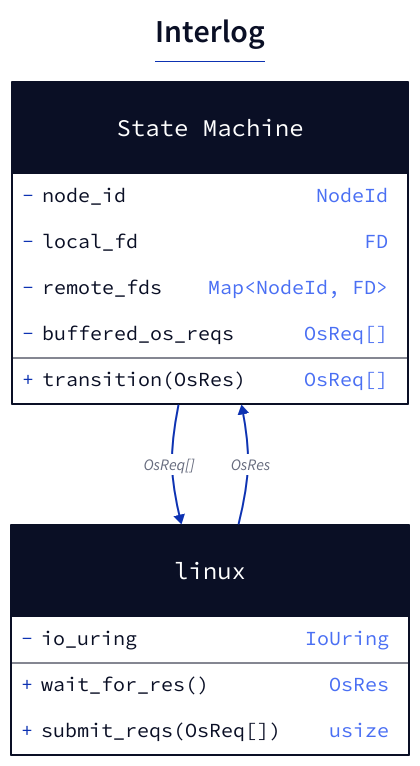
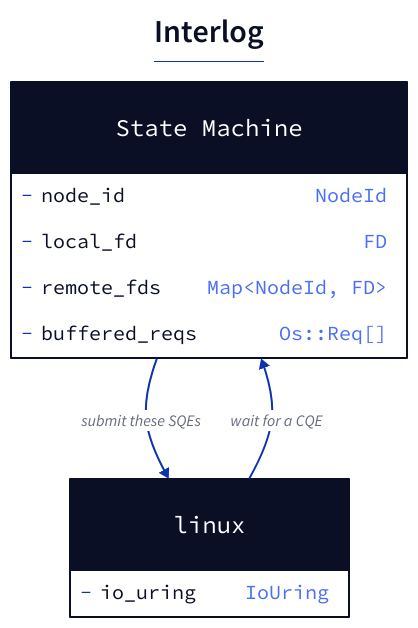
One commit to LAC-Tech/The-WAL-of-Time changed the diagram in architecture.d2. Above: the diagram before and after it, drawn with D2.

Commit message:
architecture

```diff
--- a/architecture.d2
+++ b/architecture.d2
@@ -1,22 +1,22 @@
 title: |md
   # Interlog
 | {near: top-center}
 
 sm: State Machine {
-    shape: class
-    -node_id: NodeId
-    -local_fd: FD
-    -remote_fds: "Map<NodeId, FD>"
-    -buffered_os_reqs: "OsReq[]"
-    +transition(OsRes): "OsReq[]"
+  shape: class
+  -node_id: NodeId
+  -local_fd: FD
+  -remote_fds: "Map<NodeId, FD>"
+  -buffered_reqs: "Os::Req[]"
+  # transition(OsRes): "Os::Req[]"
 }
 
-linux {
-    shape: class
-    -io_uring: IoUring
-    wait_for_res(): OsRes
-    "submit_reqs(OsReq[])": usize
+linux: {
+  shape: class
+  -io_uring: IoUring
+  # wait_for_res(): Os::Res
+  # "submit_reqs(Os::Req[])": usize
 }
 
-sm -> linux: "OsReq[]"
-linux -> sm: "OsRes"
+sm -> linux: "submit these SQEs"
+linux -> sm: "wait for a CQE"
```
